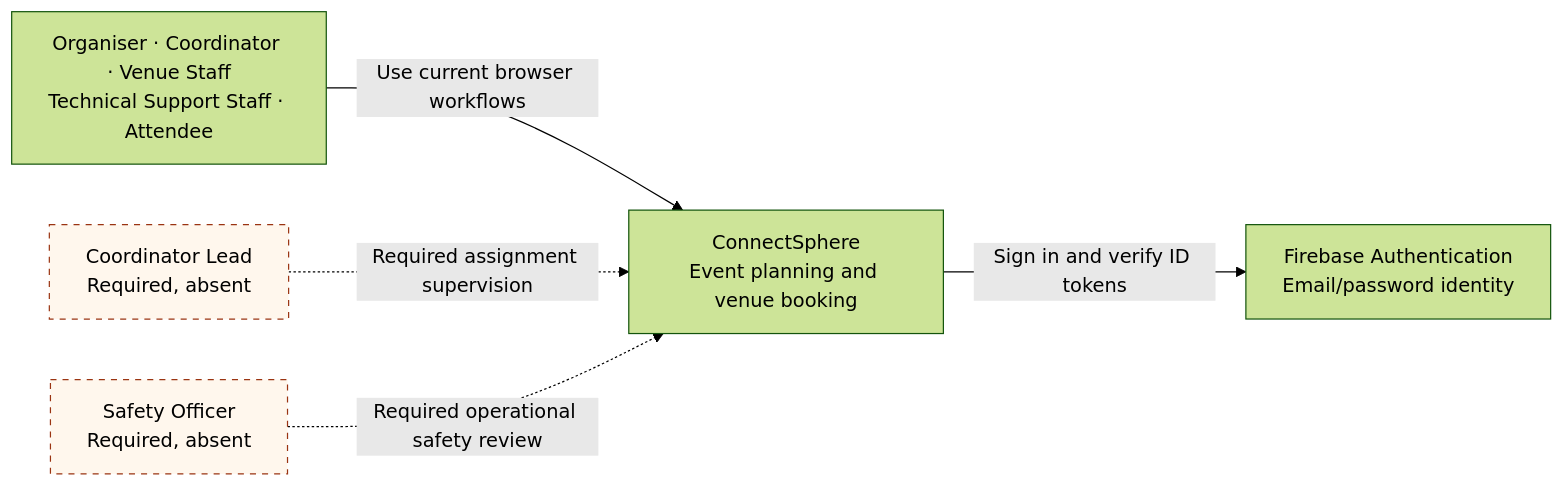
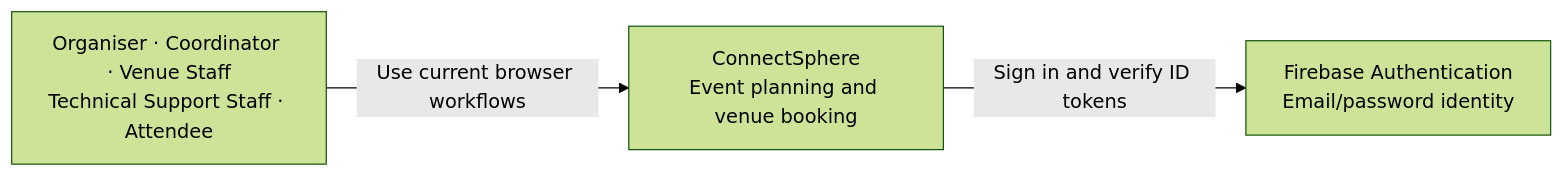
Before and after one commit to ydairu/connectsphere: the first of 4 diagrams in docs/architecture/c4-model.md, drawn with Mermaid (forest theme). The commit also changed other lines of this file and 6 other files, not shown here.

Commit message:
[Sprint 4] Docs: Align repository guidance and architecture with current implementation

````diff
--- a/docs/architecture/c4-model.md
+++ b/docs/architecture/c4-model.md
@@ -7,14 +7,8 @@
 ```mermaid
 flowchart LR
   people["Organiser · Coordinator · Venue Staff<br/>Technical Support Staff · Attendee"]
   system["ConnectSphere<br/>Event planning and venue booking"]
   auth["Firebase Authentication<br/>Email/password identity"]
-  lead["Coordinator Lead<br/>Required, absent"]
-  safety["Safety Officer<br/>Required, absent"]
   people -->|"Use current browser workflows"| system
   system -->|"Sign in and verify ID tokens"| auth
-  lead -.->|"Required assignment supervision"| system
-  safety -.->|"Required operational safety review"| system
-  classDef missing fill:#fff7ed,stroke:#9a3412,stroke-dasharray:5 5,color:#000;
-  class lead,safety missing;
 ```
````
